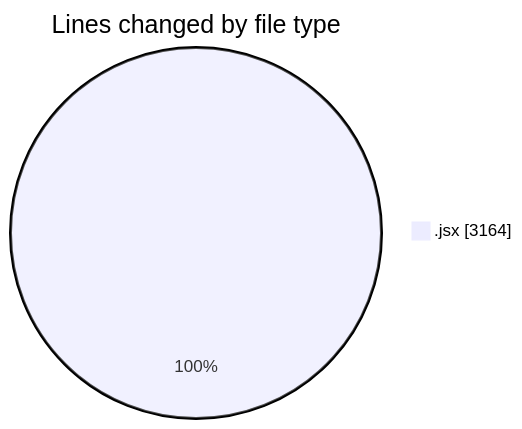
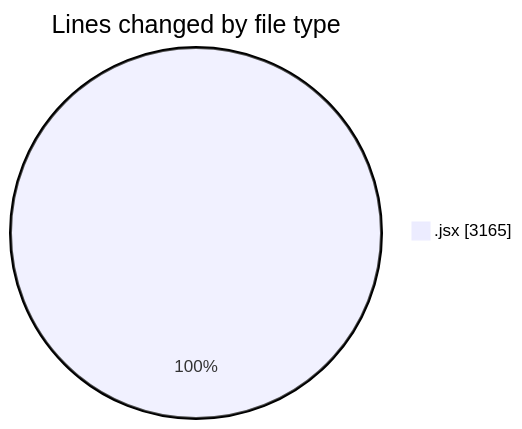
The first of 2 diagrams in 2026-01-13/nxtqube_webapp/README.md (nxtqubesakshisongat/code-tracking), drawn with Mermaid before and after one commit. The commit also changed other lines of this file and 1 other file, not shown here.

````diff
--- a/2026-01-13/nxtqube_webapp/README.md
+++ b/2026-01-13/nxtqube_webapp/README.md
@@ -22,5 +22,5 @@
 ```mermaid
 pie showData
 title Lines changed by file type
-".jsx" : 3164
+".jsx" : 3165
 ```
````
